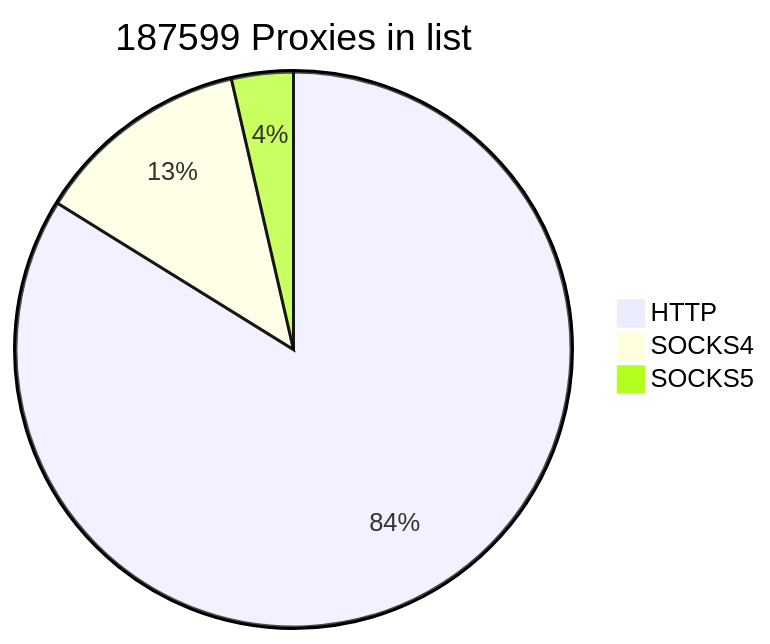
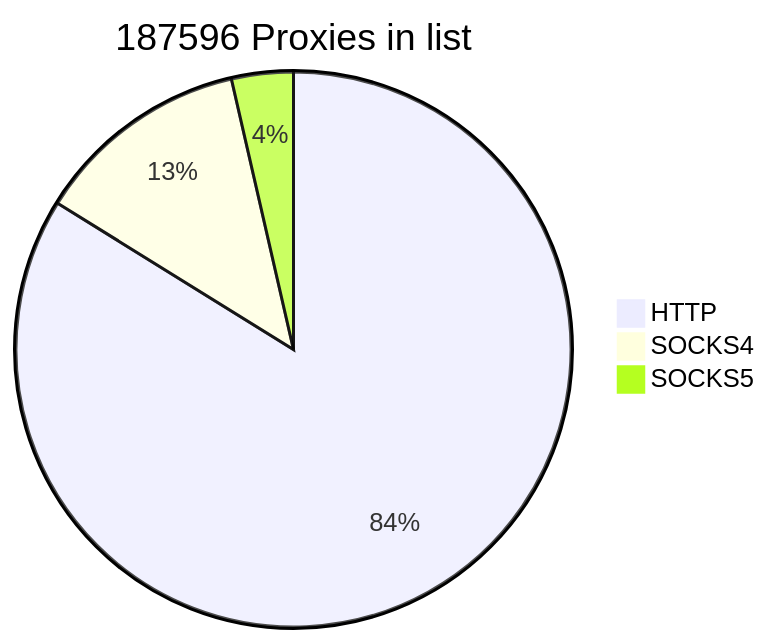
The first of 2 diagrams in README.md (cutipu/proxylist), drawn with Mermaid before and after one commit. The commit also changed other lines of this file, not shown here.

````diff
--- a/README.md
+++ b/README.md
@@ -2,7 +2,7 @@
 ```mermaid
-pie title 187599 Proxies in list
+pie title 187596 Proxies in list
     "HTTP" : 157273
     "SOCKS4" : 23587
-    "SOCKS5" : 6739
+    "SOCKS5" : 6736
             
 ```
````
